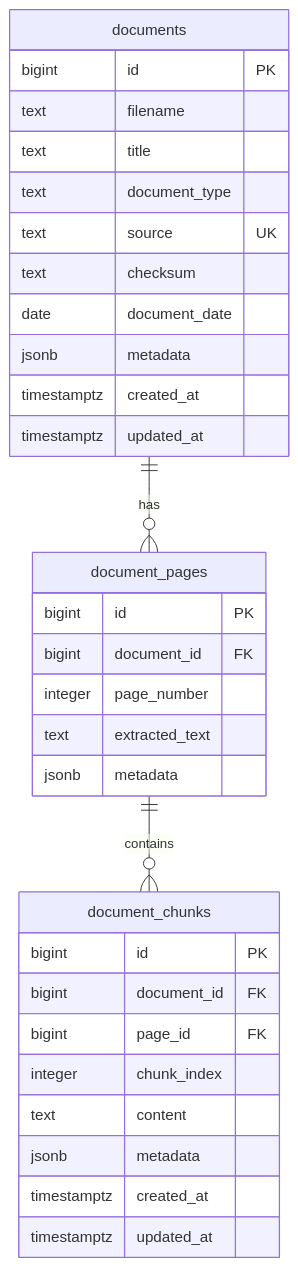
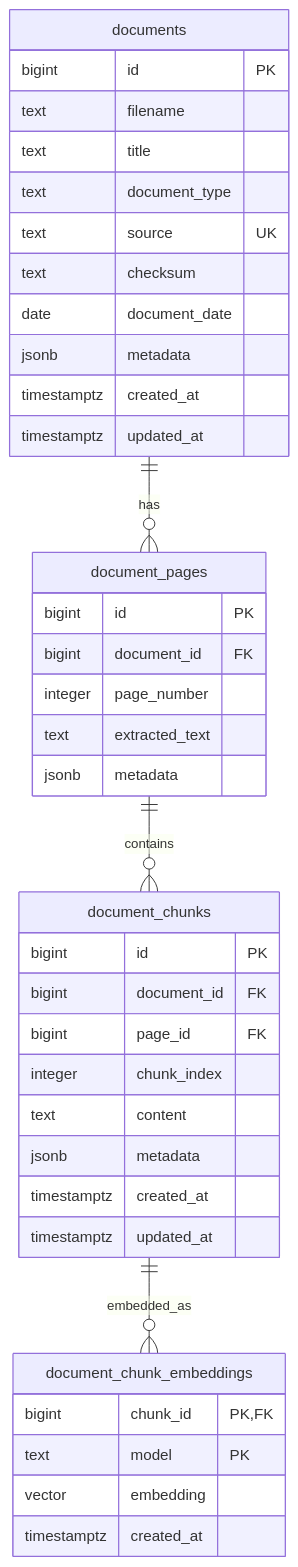
Before and after one commit to tourlida/ai-assisted-support-ops: the second of 4 diagrams in database/ERD.md, drawn with Mermaid. The commit also changed 19 other files, not shown here.

````diff
--- a/database/ERD.md
+++ b/database/ERD.md
@@ -69,35 +69,42 @@
 ```mermaid
 erDiagram
     documents ||--o{ document_pages : has
     document_pages ||--o{ document_chunks : contains
+    document_chunks ||--o{ document_chunk_embeddings : embedded_as
 
     documents {
         bigint id PK
         text filename
         text title
         text document_type
         text source UK
         text checksum
         date document_date
         jsonb metadata
         timestamptz created_at
         timestamptz updated_at
     }
     document_pages {
         bigint id PK
         bigint document_id FK
         integer page_number
         text extracted_text
         jsonb metadata
     }
     document_chunks {
         bigint id PK
         bigint document_id FK
         bigint page_id FK
         integer chunk_index
         text content
         jsonb metadata
         timestamptz created_at
         timestamptz updated_at
     }
+    document_chunk_embeddings {
+        bigint chunk_id PK, FK
+        text model PK
+        vector embedding
+        timestamptz created_at
+    }
 ```
````
